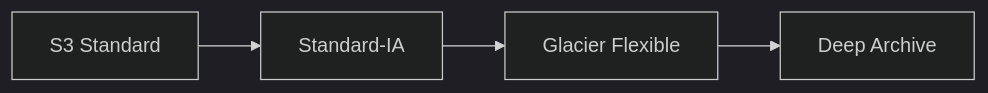
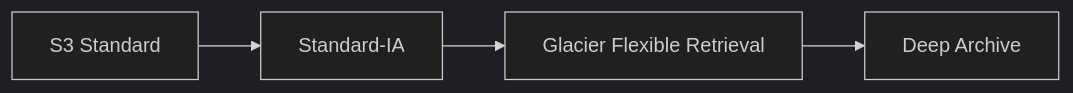
Before and after one commit to noir1458/noir1458.github.io: the fourth of 5 diagrams in content/posts/02.Security/aws/aws-ccp-3/index.md, drawn with Mermaid (dark theme). The commit also changed other lines of this file and 4 other files, not shown here.

````diff
--- a/content/posts/02.Security/aws/aws-ccp-3/index.md
+++ b/content/posts/02.Security/aws/aws-ccp-3/index.md
@@ -381,6 +259,6 @@
 ```mermaid
 flowchart LR
-    A[S3 Standard] --> B[Standard-IA]
-    B --> C[Glacier Flexible]
-    C --> D[Deep Archive]
+    S[S3 Standard] --> IA[Standard-IA]
+    IA --> G[Glacier Flexible Retrieval]
+    G --> D[Deep Archive]
 ```
````
